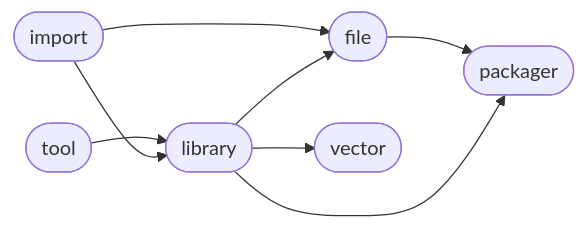
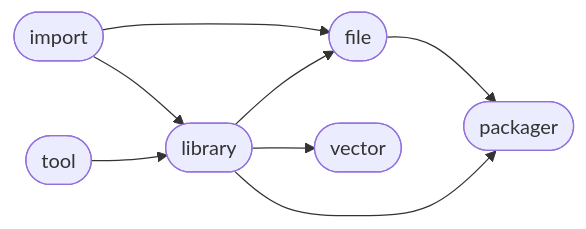
The diagram in README.md (Mandera/Mandera), drawn with Mermaid before and after one commit. The commit also changed other lines of this file, not shown here.

````diff
--- a/README.md
+++ b/README.md
@@ -6,16 +6,16 @@
 ```mermaid
 flowchart LR
+0([import]) --> 2([library])
+0([import]) --> 3([file])
 1([tool]) --> 2([library])
+2([library]) --> 3([file])
+3([file]) --> 5([packager])
 2([library]) --> 4([vector])
-3([file]) --> 5([packager])
-0([import]) --> 3([file])
-0([import]) --> 2([library])
 2([library]) --> 5([packager])
-2([library]) --> 3([file])
 click 0 "https://github.com/ManderaGeneral/generalimport"
 click 1 "https://github.com/ManderaGeneral/generaltool"
 click 2 "https://github.com/ManderaGeneral/generallibrary"
 click 3 "https://github.com/ManderaGeneral/generalfile"
 click 4 "https://github.com/ManderaGeneral/generalvector"
 click 5 "https://github.com/ManderaGeneral/generalpackager"
 ```
````
